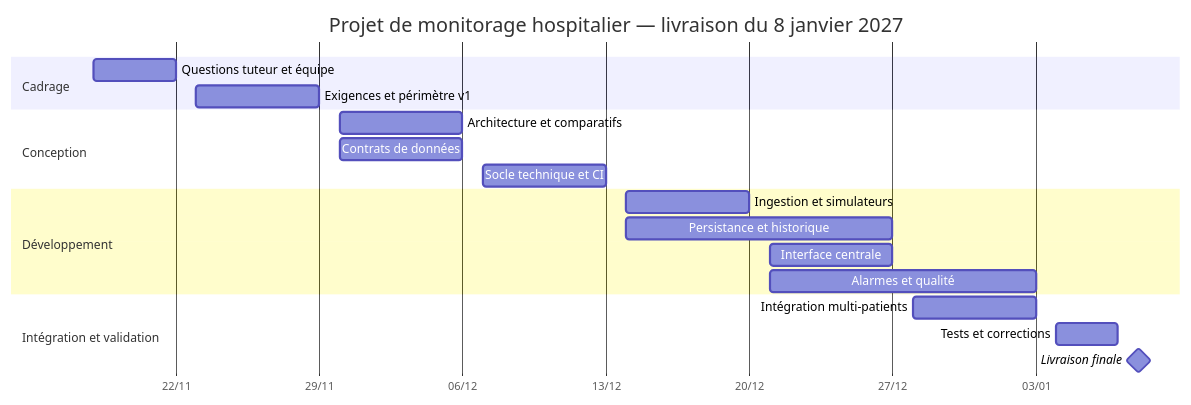
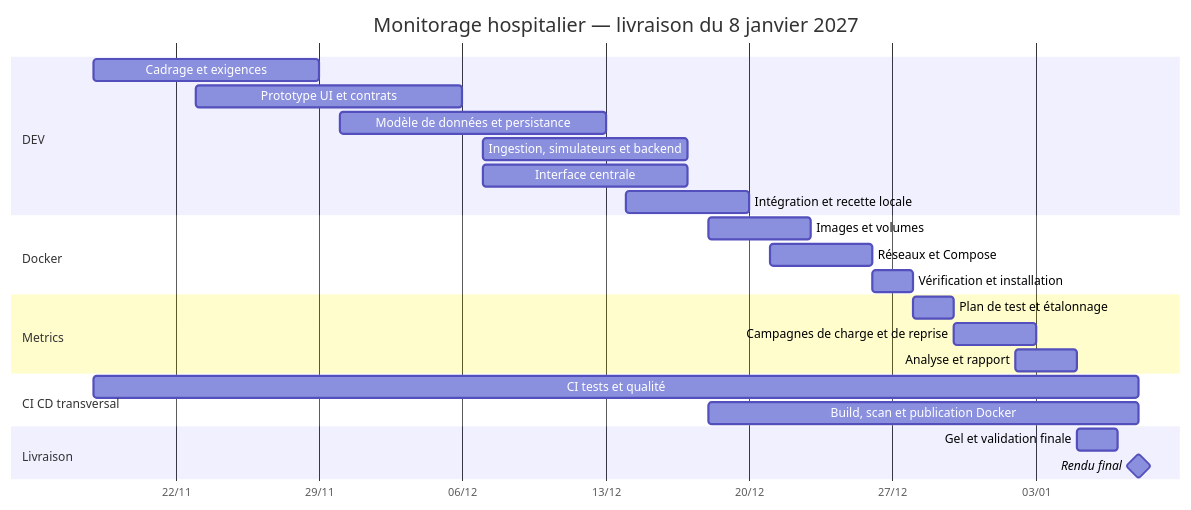
The diagram in docs/analyse/monitorage-hospitalier/13-pilotage-projet/03-gantt-generique.md (Hicha-m/simulation-remote-medical-monitoring), drawn with Mermaid before and after one commit. The commit also changed other lines of this file, not shown here.

Commit message:
docs(method): align project plan with DEV Docker Metrics workflow

````diff
--- a/docs/analyse/monitorage-hospitalier/13-pilotage-projet/03-gantt-generique.md
+++ b/docs/analyse/monitorage-hospitalier/13-pilotage-projet/03-gantt-generique.md
@@ -42,26 +46,32 @@
-```mermaid
+~~~mermaid
 gantt
-    title Projet de monitorage hospitalier — livraison du 8 janvier 2027
+    title Monitorage hospitalier — livraison du 8 janvier 2027
     dateFormat YYYY-MM-DD
     axisFormat %d/%m
 
-    section Cadrage
-    Questions tuteur et équipe       :a1, 2026-11-18, 2026-11-22
-    Exigences et périmètre v1        :a2, 2026-11-23, 2026-11-29
+    section DEV
+    Cadrage et exigences                  :a1, 2026-11-18, 2026-11-29
+    Prototype UI et contrats              :a2, 2026-11-23, 2026-12-06
+    Modèle de données et persistance      :a3, 2026-11-30, 2026-12-13
+    Ingestion, simulateurs et backend     :a4, 2026-12-07, 2026-12-17
+    Interface centrale                    :a5, 2026-12-07, 2026-12-17
+    Intégration et recette locale         :a6, 2026-12-14, 2026-12-20
 
-    section Conception
-    Architecture et comparatifs      :b1, 2026-11-30, 2026-12-06
-    Contrats de données              :b2, 2026-11-30, 2026-12-06
-    Socle technique et CI            :b3, 2026-12-07, 2026-12-13
+    section Docker
+    Images et volumes                     :b1, 2026-12-18, 2026-12-23
+    Réseaux et Compose                    :b2, 2026-12-21, 2026-12-26
+    Vérification et installation          :b3, 2026-12-26, 2026-12-28
 
-    section Développement
-    Ingestion et simulateurs         :c1, 2026-12-14, 2026-12-20
-    Persistance et historique        :c2, 2026-12-14, 2026-12-27
-    Interface centrale               :c3, 2026-12-21, 2026-12-27
-    Alarmes et qualité                :c4, 2026-12-21, 2027-01-03
+    section Metrics
+    Plan de test et étalonnage            :c1, 2026-12-28, 2026-12-30
+    Campagnes de charge et de reprise     :c2, 2026-12-30, 2027-01-03
+    Analyse et rapport                    :c3, 2027-01-02, 2027-01-05
 
-    section Intégration et validation
-    Intégration multi-patients       :d1, 2026-12-28, 2027-01-03
-    Tests et corrections             :d2, 2027-01-04, 2027-01-07
-    Livraison finale                 :milestone, d3, 2027-01-08, 0d
-```
+    section CI CD transversal
+    CI tests et qualité                   :d1, 2026-11-18, 2027-01-08
+    Build, scan et publication Docker     :d2, 2026-12-18, 2027-01-08
+
+    section Livraison
+    Gel et validation finale              :e1, 2027-01-05, 2027-01-07
+    Rendu final                           :milestone, e2, 2027-01-08, 0d
+~~~
````
